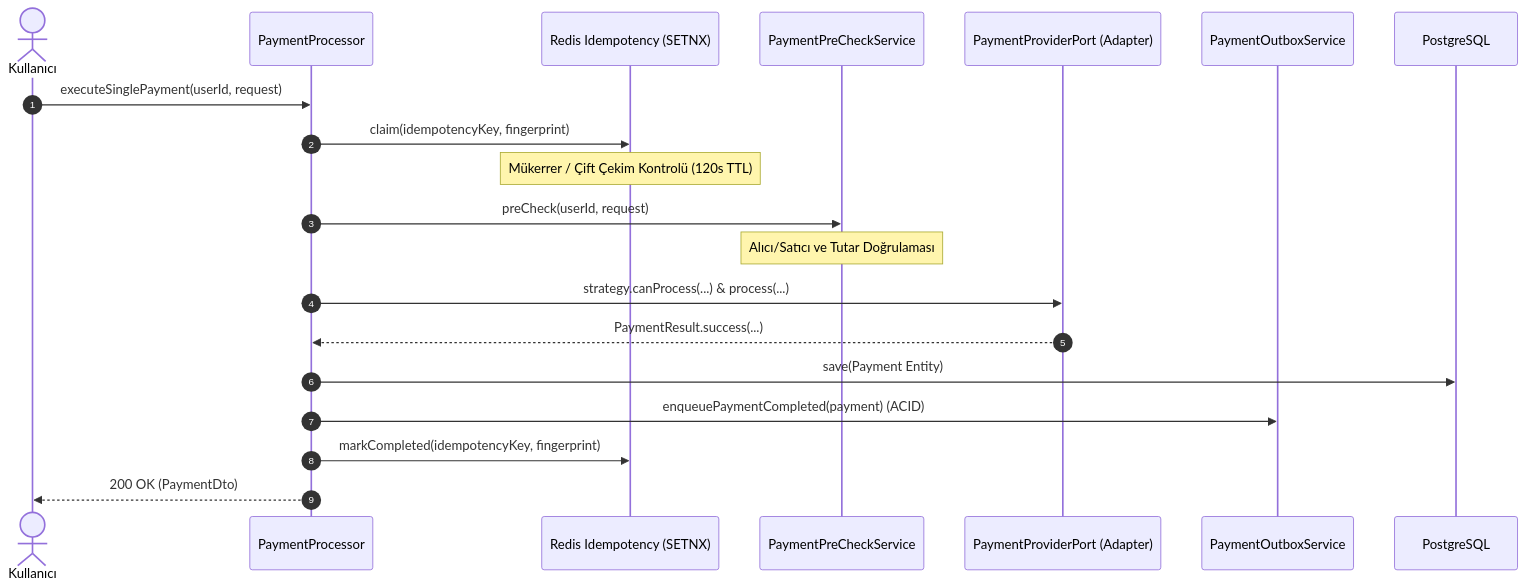
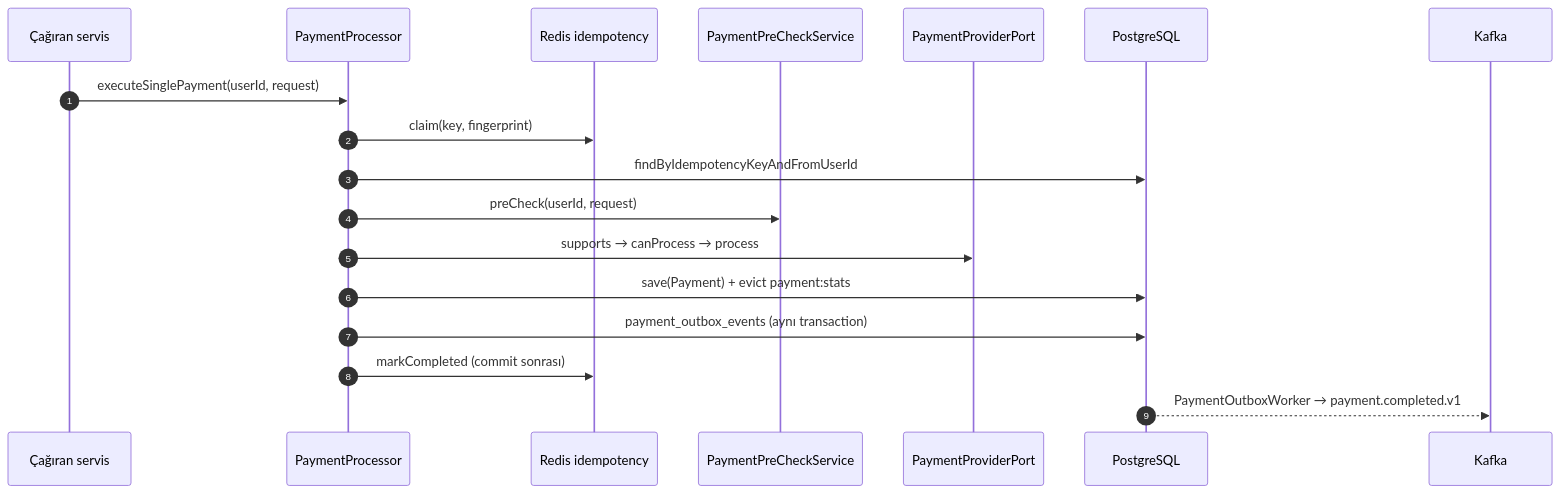
The diagram in docs/payment-strategy-and-provider-extension-guide.md (Shyesilbas/secondHand), drawn with Mermaid before and after one commit. The commit also changed other lines of this file, not shown here.

First line of the commit message:
docs(payment): rewrite provider guide against the real payment flow

````diff
--- a/docs/payment-strategy-and-provider-extension-guide.md
+++ b/docs/payment-strategy-and-provider-extension-guide.md
@@ -85,26 +104,21 @@
 ```mermaid
 sequenceDiagram
     autonumber
-    actor User as Kullanıcı
+    participant Caller as Çağıran servis
     participant Proc as PaymentProcessor
-    participant Redis as Redis Idempotency (SETNX)
-    participant PreCheck as PaymentPreCheckService
-    participant Provider as PaymentProviderPort (Adapter)
-    participant Outbox as PaymentOutboxService
+    participant Redis as Redis idempotency
+    participant Pre as PaymentPreCheckService
+    participant Prov as PaymentProviderPort
     participant DB as PostgreSQL
+    participant Kafka as Kafka
 
-    User->>Proc: executeSinglePayment(userId, request)
-    Proc->>Redis: claim(idempotencyKey, fingerprint)
-    Note over Redis: Mükerrer / Çift Çekim Kontrolü (120s TTL)
-    
-    Proc->>PreCheck: preCheck(userId, request)
-    Note over PreCheck: Alıcı/Satıcı ve Tutar Doğrulaması
-    
-    Proc->>Provider: strategy.canProcess(...) & process(...)
-    Provider-->>Proc: PaymentResult.success(...)
-    
-    Proc->>DB: save(Payment Entity)
-    Proc->>Outbox: enqueuePaymentCompleted(payment) (ACID)
-    Proc->>Redis: markCompleted(idempotencyKey, fingerprint)
-    Proc-->>User: 200 OK (PaymentDto)
+    Caller->>Proc: executeSinglePayment(userId, request)
+    Proc->>Redis: claim(key, fingerprint)
+    Proc->>DB: findByIdempotencyKeyAndFromUserId
+    Proc->>Pre: preCheck(userId, request)
+    Proc->>Prov: supports → canProcess → process
+    Proc->>DB: save(Payment) + evict payment:stats
+    Proc->>DB: payment_outbox_events (aynı transaction)
+    Proc->>Redis: markCompleted (commit sonrası)
+    DB-->>Kafka: PaymentOutboxWorker → payment.completed.v1
 ```
````
